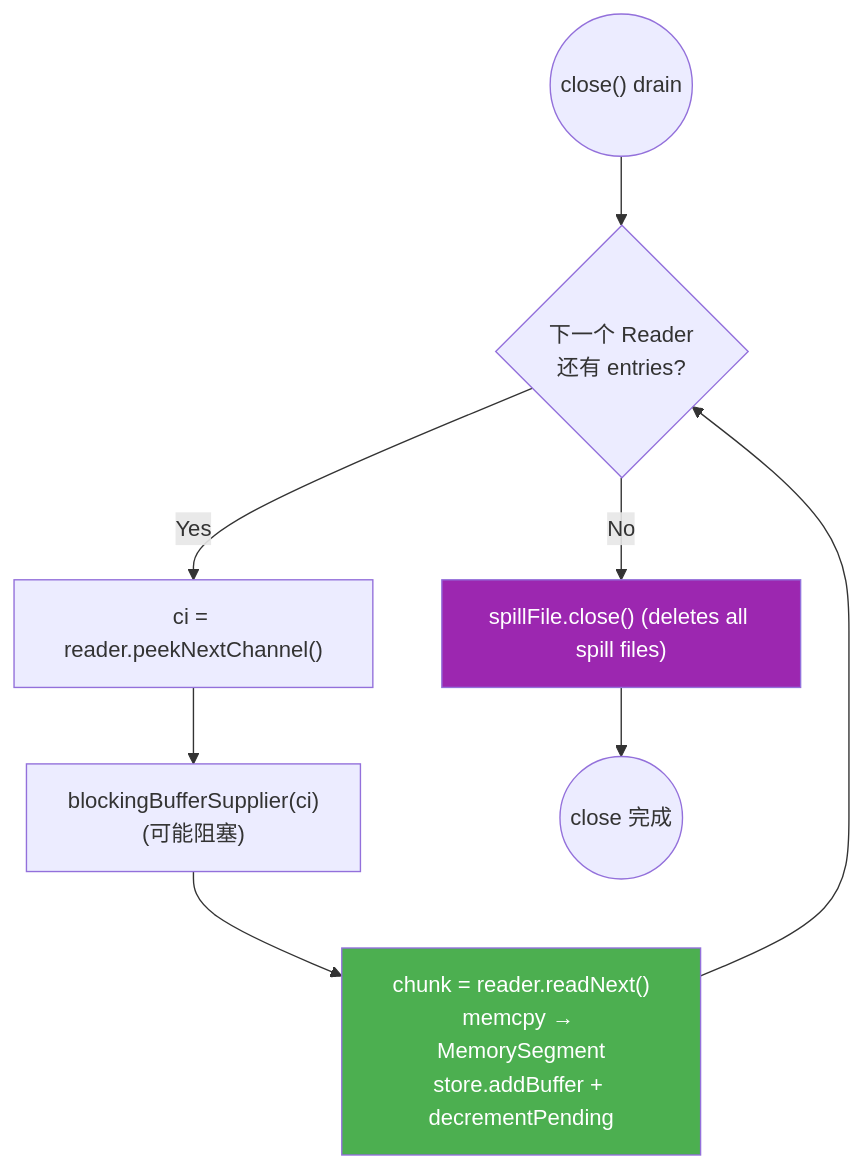
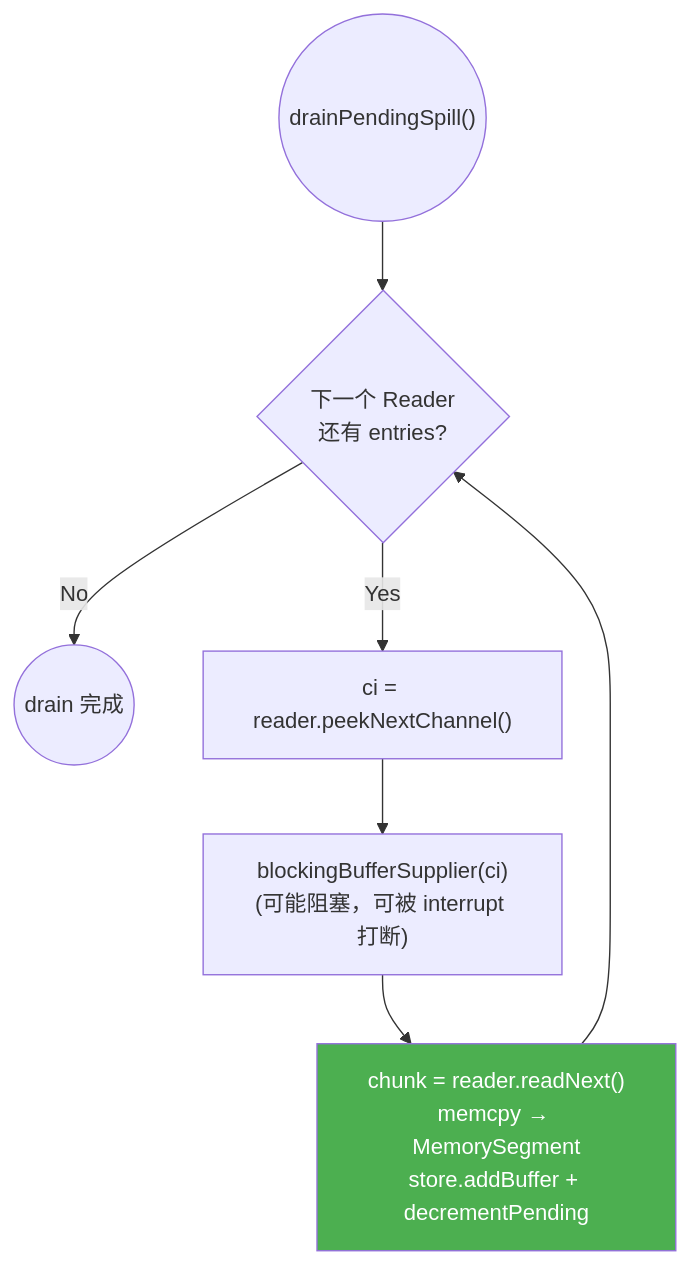
One commit to 1996fanrui/flink changed the sixth of 7 diagrams in requirements/38544/data_flow.md. Above: the diagram before and after it, drawn with Mermaid. The commit also changed other lines of this file and 12 other files, not shown here.

````diff
--- a/requirements/38544/data_flow.md
+++ b/requirements/38544/data_flow.md
@@ -157,13 +160,11 @@
 ```mermaid
 flowchart TD
-    C(("close() drain")) --> Iter{"下一个 Reader<br/>还有 entries?"}
-    Iter -- No --> Cleanup["spillFile.close() (deletes all spill files)"]
+    C(("drainPendingSpill()")) --> Iter{"下一个 Reader<br/>还有 entries?"}
+    Iter -- No --> Done(("drain 完成"))
     Iter -- Yes --> PeekCi["ci = reader.peekNextChannel()"]
-    PeekCi --> BlockBuf["blockingBufferSupplier(ci)<br/>(可能阻塞)"]
+    PeekCi --> BlockBuf["blockingBufferSupplier(ci)<br/>(可能阻塞，可被 interrupt 打断)"]
     BlockBuf --> Consume["chunk = reader.readNext()<br/>memcpy → MemorySegment<br/>store.addBuffer + decrementPending"]
     Consume --> Iter
-    Cleanup --> Done(("close 完成"))
 
     style Consume fill:#4CAF50,color:#fff
-    style Cleanup fill:#9C27B0,color:#fff
 ```
````
